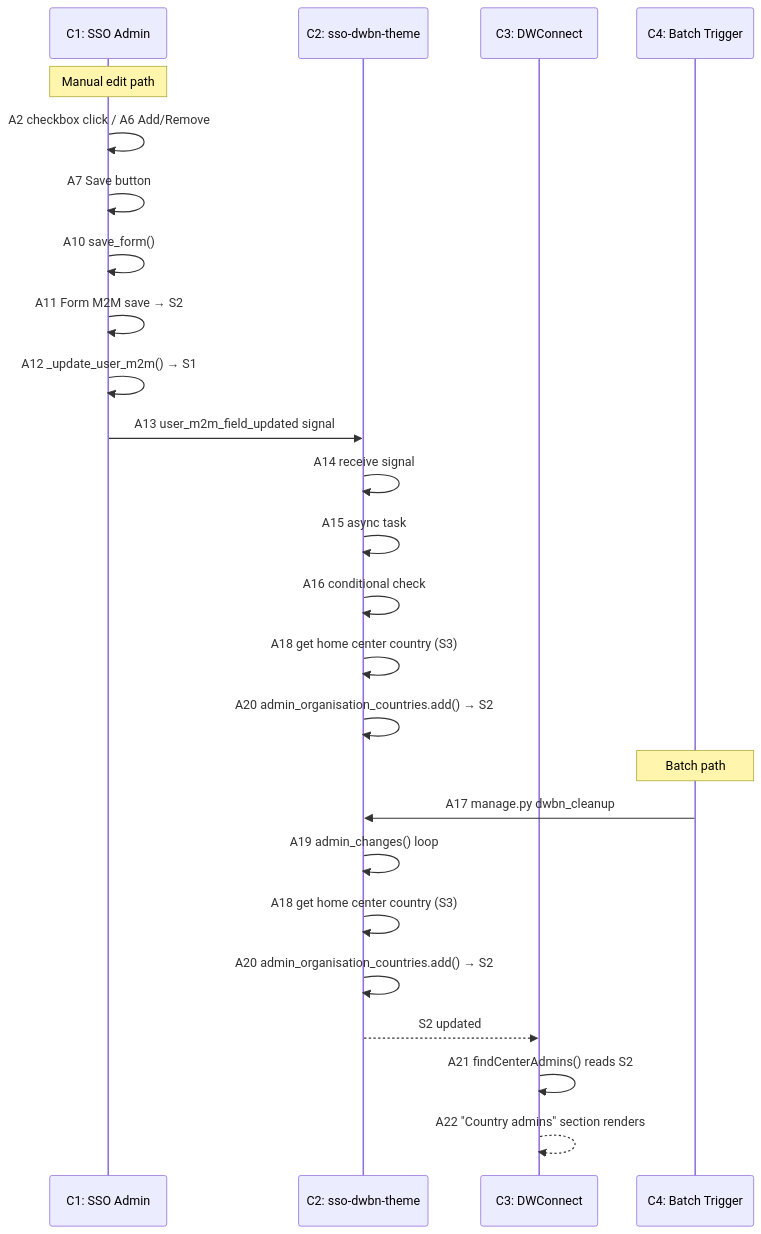
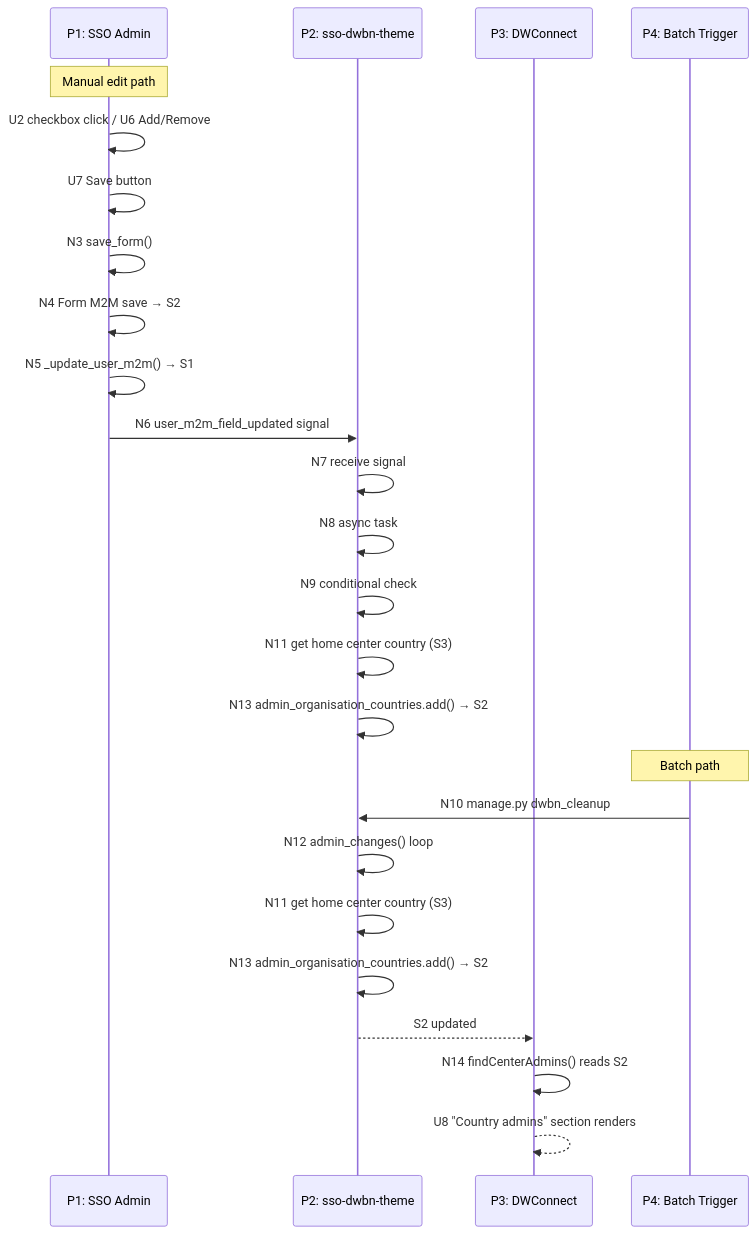
The second of 4 diagrams in breadboarding/EXAMPLES.md (nosakhare/shaping-skills), drawn with Mermaid before and after one commit. The commit also changed other lines of this file and 4 other files, not shown here.

First line of the commit message:
feat: Revise breadboarding vocabulary and add state diagram artefact

````diff
--- a/breadboarding/EXAMPLES.md
+++ b/breadboarding/EXAMPLES.md
@@ -51,31 +91,31 @@
 ```mermaid
 sequenceDiagram
-    participant C1 as C1: SSO Admin
-    participant C2 as C2: sso-dwbn-theme
-    participant C3 as C3: DWConnect
-    participant C4 as C4: Batch Trigger
+    participant P1 as P1: SSO Admin
+    participant P2 as P2: sso-dwbn-theme
+    participant P3 as P3: DWConnect
+    participant P4 as P4: Batch Trigger
 
-    Note over C1: Manual edit path
-    C1->>C1: A2 checkbox click / A6 Add/Remove
-    C1->>C1: A7 Save button
-    C1->>C1: A10 save_form()
-    C1->>C1: A11 Form M2M save → S2
-    C1->>C1: A12 _update_user_m2m() → S1
-    C1->>C2: A13 user_m2m_field_updated signal
+    Note over P1: Manual edit path
+    P1->>P1: U2 checkbox click / U6 Add/Remove
+    P1->>P1: U7 Save button
+    P1->>P1: N3 save_form()
+    P1->>P1: N4 Form M2M save → S2
+    P1->>P1: N5 _update_user_m2m() → S1
+    P1->>P2: N6 user_m2m_field_updated signal
 
-    C2->>C2: A14 receive signal
-    C2->>C2: A15 async task
-    C2->>C2: A16 conditional check
-    C2->>C2: A18 get home center country (S3)
-    C2->>C2: A20 admin_organisation_countries.add() → S2
+    P2->>P2: N7 receive signal
+    P2->>P2: N8 async task
+    P2->>P2: N9 conditional check
+    P2->>P2: N11 get home center country (S3)
+    P2->>P2: N13 admin_organisation_countries.add() → S2
 
-    Note over C4: Batch path
-    C4->>C2: A17 manage.py dwbn_cleanup
-    C2->>C2: A19 admin_changes() loop
-    C2->>C2: A18 get home center country (S3)
-    C2->>C2: A20 admin_organisation_countries.add() → S2
+    Note over P4: Batch path
+    P4->>P2: N10 manage.py dwbn_cleanup
+    P2->>P2: N12 admin_changes() loop
+    P2->>P2: N11 get home center country (S3)
+    P2->>P2: N13 admin_organisation_countries.add() → S2
 
-    C2-->>C3: S2 updated
-    C3->>C3: A21 findCenterAdmins() reads S2
-    C3-->>C3: A22 "Country admins" section renders
+    P2-->>P3: S2 updated
+    P3->>P3: N14 findCenterAdmins() reads S2
+    P3-->>P3: U8 "Country admins" section renders
 ```
````
